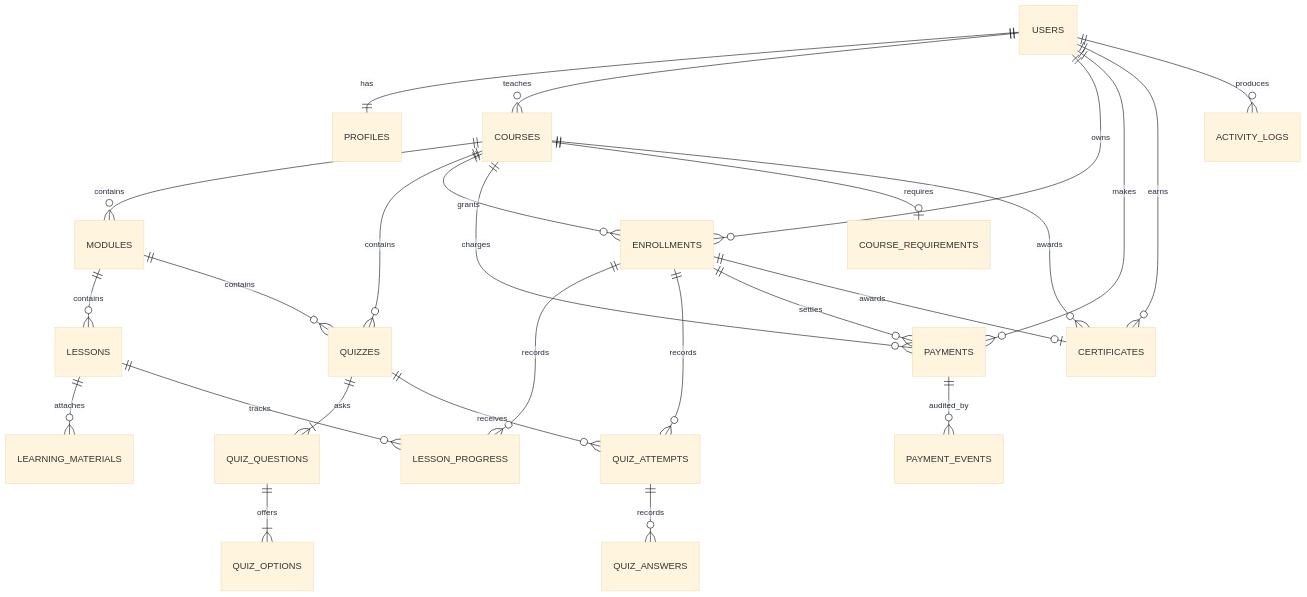
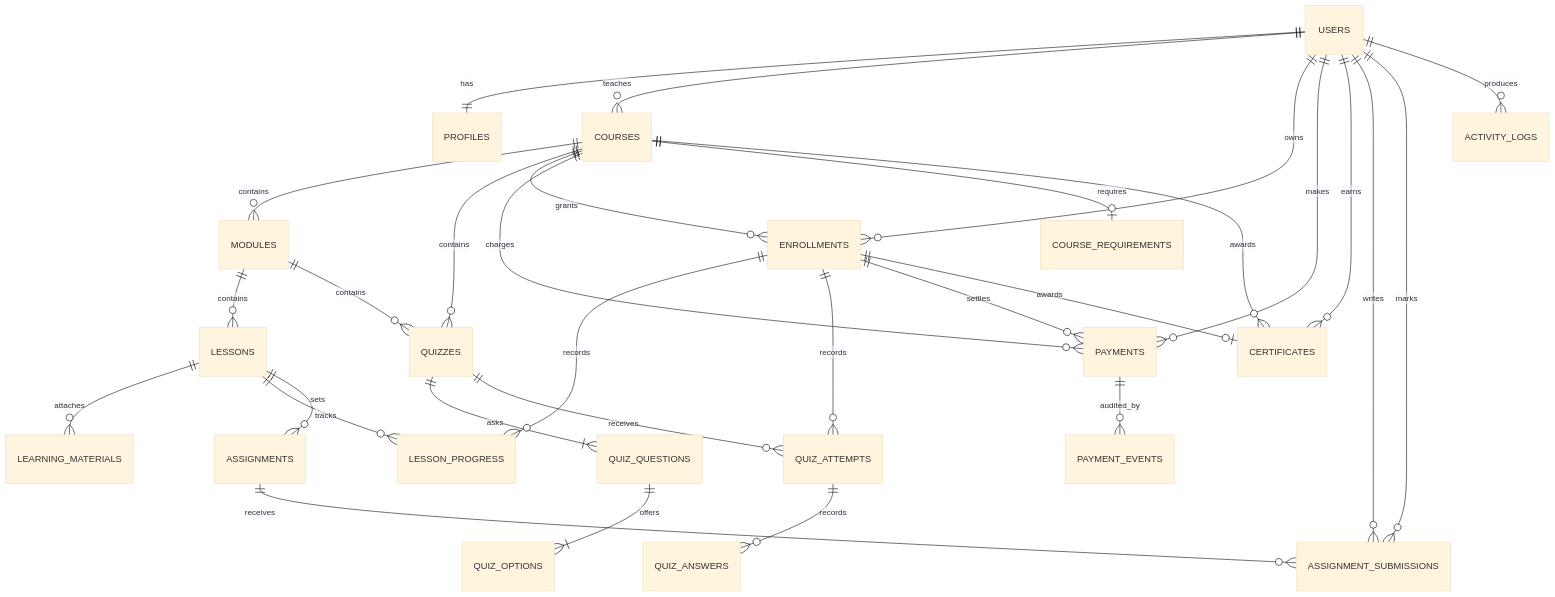
Before and after one commit to SNooZeJay/lms-project: the fourth of 7 diagrams in docs/defense.md, drawn with Mermaid (base theme). The commit also changed other lines of this file and 37 other files, not shown here.

````diff
--- a/docs/defense.md
+++ b/docs/defense.md
@@ -148,35 +148,40 @@
 ```mermaid
 erDiagram
     USERS ||--|| PROFILES : has
     USERS ||--o{ COURSES : teaches
     USERS ||--o{ ENROLLMENTS : owns
     USERS ||--o{ PAYMENTS : makes
     USERS ||--o{ CERTIFICATES : earns
 
     COURSES ||--o{ MODULES : contains
     COURSES ||--o{ QUIZZES : contains
     COURSES ||--o{ ENROLLMENTS : grants
     COURSES ||--o{ PAYMENTS : charges
     COURSES ||--o| COURSE_REQUIREMENTS : requires
     COURSES ||--o{ CERTIFICATES : awards
 
     MODULES ||--o{ LESSONS : contains
     MODULES ||--o{ QUIZZES : contains
 
     LESSONS ||--o{ LEARNING_MATERIALS : attaches
     LESSONS ||--o{ LESSON_PROGRESS : tracks
+    LESSONS ||--o{ ASSIGNMENTS : sets
+
+    ASSIGNMENTS ||--o{ ASSIGNMENT_SUBMISSIONS : receives
+    USERS ||--o{ ASSIGNMENT_SUBMISSIONS : writes
+    USERS ||--o{ ASSIGNMENT_SUBMISSIONS : marks
 
     QUIZZES ||--|{ QUIZ_QUESTIONS : asks
     QUIZ_QUESTIONS ||--|{ QUIZ_OPTIONS : offers
     QUIZZES ||--o{ QUIZ_ATTEMPTS : receives
     QUIZ_ATTEMPTS ||--o{ QUIZ_ANSWERS : records
 
     ENROLLMENTS ||--o{ LESSON_PROGRESS : records
     ENROLLMENTS ||--o{ QUIZ_ATTEMPTS : records
     ENROLLMENTS ||--o{ PAYMENTS : settles
     ENROLLMENTS ||--o| CERTIFICATES : awards
 
     PAYMENTS ||--o{ PAYMENT_EVENTS : audited_by
 
     USERS ||--o{ ACTIVITY_LOGS : produces
 ```
````
